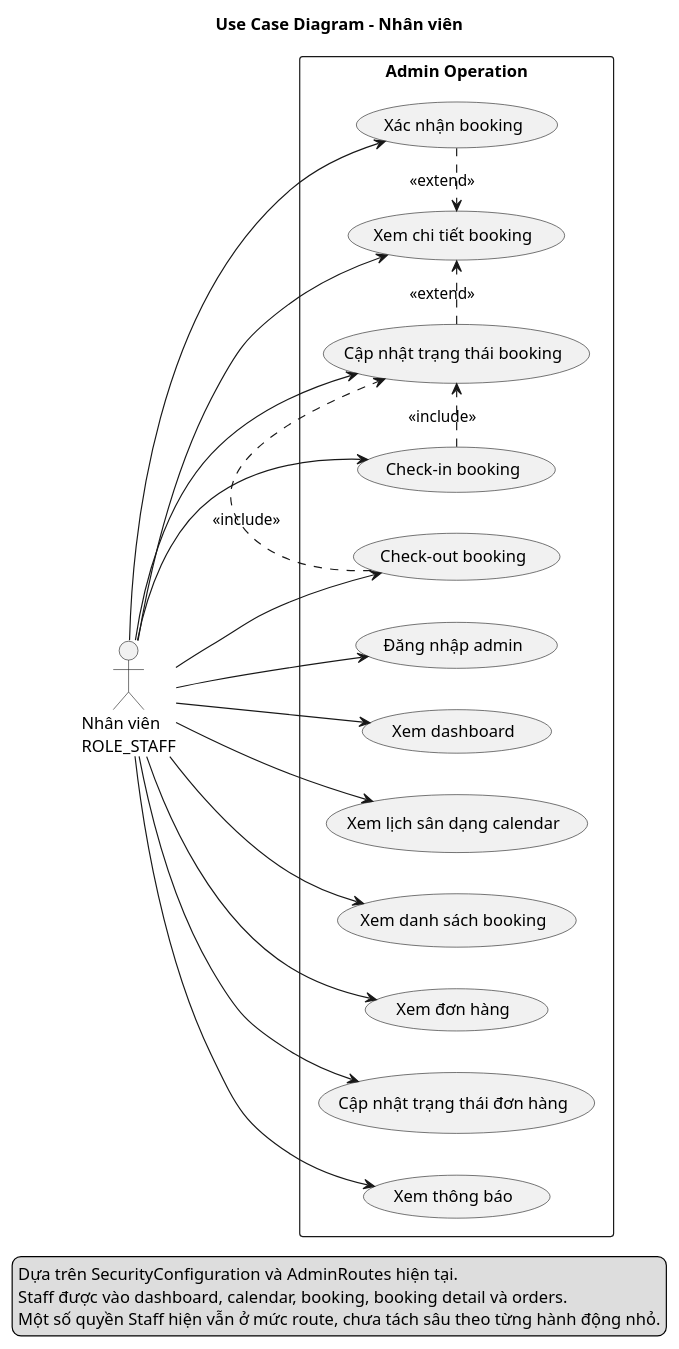
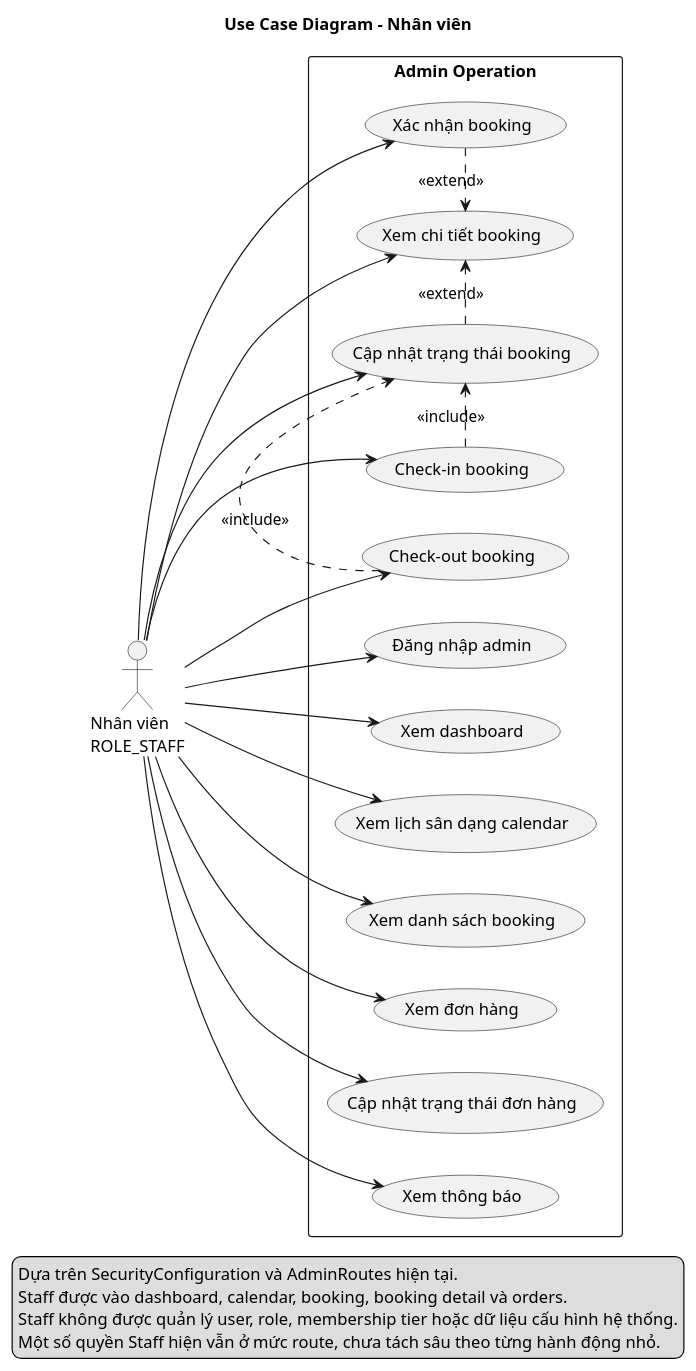
Before and after one commit to KyAnhhh/football-booking-system: the diagram in docs/diagrams/02b-use-case-staff.puml, drawn with PlantUML. The commit also changed 99 other files, not shown here.

```diff
--- a/docs/diagrams/02b-use-case-staff.puml
+++ b/docs/diagrams/02b-use-case-staff.puml
@@ -1,48 +1,49 @@
 @startuml
 title Use Case Diagram - Nhân viên
 
 left to right direction
 skinparam shadowing false
 
 actor "Nhân viên\nROLE_STAFF" as STAFF
 
 rectangle "Admin Operation" {
   usecase "Đăng nhập admin" as UC_LOGIN
   usecase "Xem dashboard" as UC_DASHBOARD
   usecase "Xem lịch sân dạng calendar" as UC_CALENDAR
   usecase "Xem danh sách booking" as UC_BOOKING_LIST
   usecase "Xem chi tiết booking" as UC_BOOKING_DETAIL
   usecase "Xác nhận booking" as UC_CONFIRM
   usecase "Cập nhật trạng thái booking" as UC_UPDATE_STATUS
   usecase "Check-in booking" as UC_CHECK_IN
   usecase "Check-out booking" as UC_CHECK_OUT
   usecase "Xem đơn hàng" as UC_ORDER_LIST
   usecase "Cập nhật trạng thái đơn hàng" as UC_ORDER_STATUS
   usecase "Xem thông báo" as UC_NOTIFICATION
 }
 
 STAFF --> UC_LOGIN
 STAFF --> UC_DASHBOARD
 STAFF --> UC_CALENDAR
 STAFF --> UC_BOOKING_LIST
 STAFF --> UC_BOOKING_DETAIL
 STAFF --> UC_CONFIRM
 STAFF --> UC_UPDATE_STATUS
 STAFF --> UC_CHECK_IN
 STAFF --> UC_CHECK_OUT
 STAFF --> UC_ORDER_LIST
 STAFF --> UC_ORDER_STATUS
 STAFF --> UC_NOTIFICATION
 
 UC_CONFIRM .> UC_BOOKING_DETAIL : <<extend>>
 UC_UPDATE_STATUS .> UC_BOOKING_DETAIL : <<extend>>
 UC_CHECK_IN .> UC_UPDATE_STATUS : <<include>>
 UC_CHECK_OUT .> UC_UPDATE_STATUS : <<include>>
 
 legend bottom
   Dựa trên SecurityConfiguration và AdminRoutes hiện tại.
   Staff được vào dashboard, calendar, booking, booking detail và orders.
+  Staff không được quản lý user, role, membership tier hoặc dữ liệu cấu hình hệ thống.
   Một số quyền Staff hiện vẫn ở mức route, chưa tách sâu theo từng hành động nhỏ.
 endlegend
 
 @enduml
```
